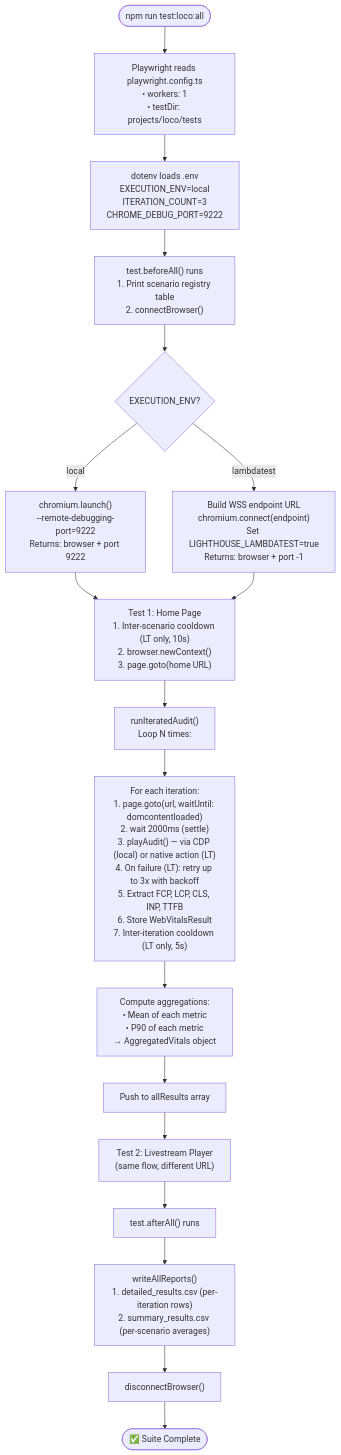
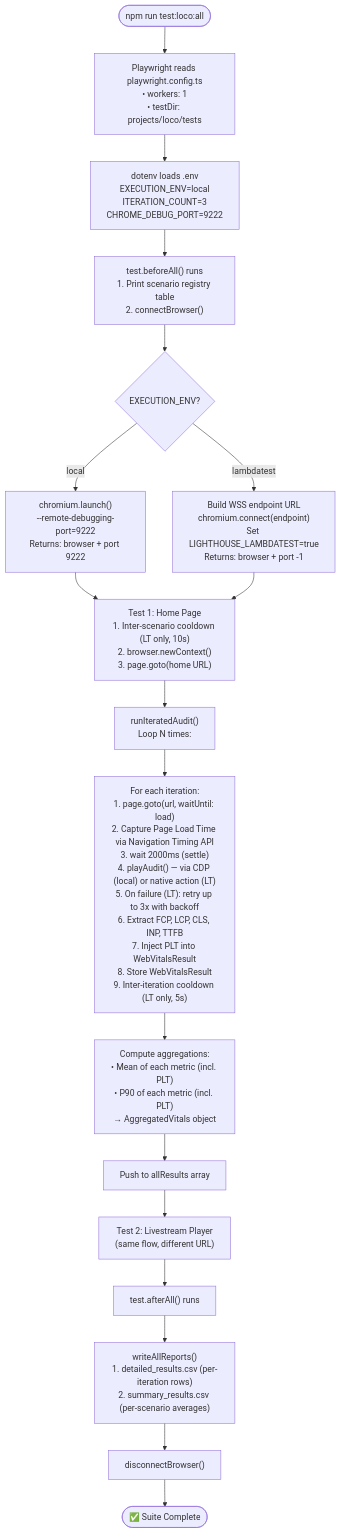
One commit to getloconow/Loco_Performance_Automation changed the fourth of 6 diagrams in README.md. Above: the diagram before and after it, drawn with Mermaid. The commit also changed other lines of this file, not shown here.

````diff
--- a/README.md
+++ b/README.md
@@ -255,37 +261,37 @@
 ```mermaid
 flowchart TD
     START(["npm run test:loco:all"]) --> PW["Playwright reads playwright.config.ts<br/>• workers: 1<br/>• testDir: projects/loco/tests"]
 
     PW --> ENV["dotenv loads .env<br/>EXECUTION_ENV=local<br/>ITERATION_COUNT=3<br/>CHROME_DEBUG_PORT=9222"]
 
     ENV --> BA["test.beforeAll() runs<br/>1. Print scenario registry table<br/>2. connectBrowser()"]
 
     BA --> LAUNCH{"EXECUTION_ENV?"}
 
     LAUNCH -->|local| LOCAL["chromium.launch()<br/>--remote-debugging-port=9222<br/>Returns: browser + port 9222"]
 
     LAUNCH -->|lambdatest| CLOUD["Build WSS endpoint URL<br/>chromium.connect(endpoint)<br/>Set LIGHTHOUSE_LAMBDATEST=true<br/>Returns: browser + port -1"]
 
     LOCAL --> T1
     CLOUD --> T1
 
     T1["Test 1: Home Page<br/>1. Inter-scenario cooldown (LT only, 10s)<br/>2. browser.newContext()<br/>3. page.goto(home URL)"]
 
     T1 --> ITER["runIteratedAudit()<br/>Loop N times:"]
 
-    ITER --> LOOP["For each iteration:<br/>1. page.goto(url, waitUntil: domcontentloaded)<br/>2. wait 2000ms (settle)<br/>3. playAudit() — via CDP (local) or native action (LT)<br/>4. On failure (LT): retry up to 3x with backoff<br/>5. Extract FCP, LCP, CLS, INP, TTFB<br/>6. Store WebVitalsResult<br/>7. Inter-iteration cooldown (LT only, 5s)"]
+    ITER --> LOOP["For each iteration:<br/>1. page.goto(url, waitUntil: load)<br/>2. Capture Page Load Time via Navigation Timing API<br/>3. wait 2000ms (settle)<br/>4. playAudit() — via CDP (local) or native action (LT)<br/>5. On failure (LT): retry up to 3x with backoff<br/>6. Extract FCP, LCP, CLS, INP, TTFB<br/>7. Inject PLT into WebVitalsResult<br/>8. Store WebVitalsResult<br/>9. Inter-iteration cooldown (LT only, 5s)"]
 
-    LOOP --> AGG["Compute aggregations:<br/>• Mean of each metric<br/>• P90 of each metric<br/>→ AggregatedVitals object"]
+    LOOP --> AGG["Compute aggregations:<br/>• Mean of each metric (incl. PLT)<br/>• P90 of each metric (incl. PLT)<br/>→ AggregatedVitals object"]
 
     AGG --> PUSH["Push to allResults array"]
 
     PUSH --> T2["Test 2: Livestream Player<br/>(same flow, different URL)"]
 
     T2 --> AA["test.afterAll() runs"]
 
     AA --> CSV["writeAllReports()<br/>1. detailed_results.csv (per-iteration rows)<br/>2. summary_results.csv (per-scenario averages)"]
 
     CSV --> DC["disconnectBrowser()"]
 
     DC --> DONE(["✅ Suite Complete"])
 ```
````
